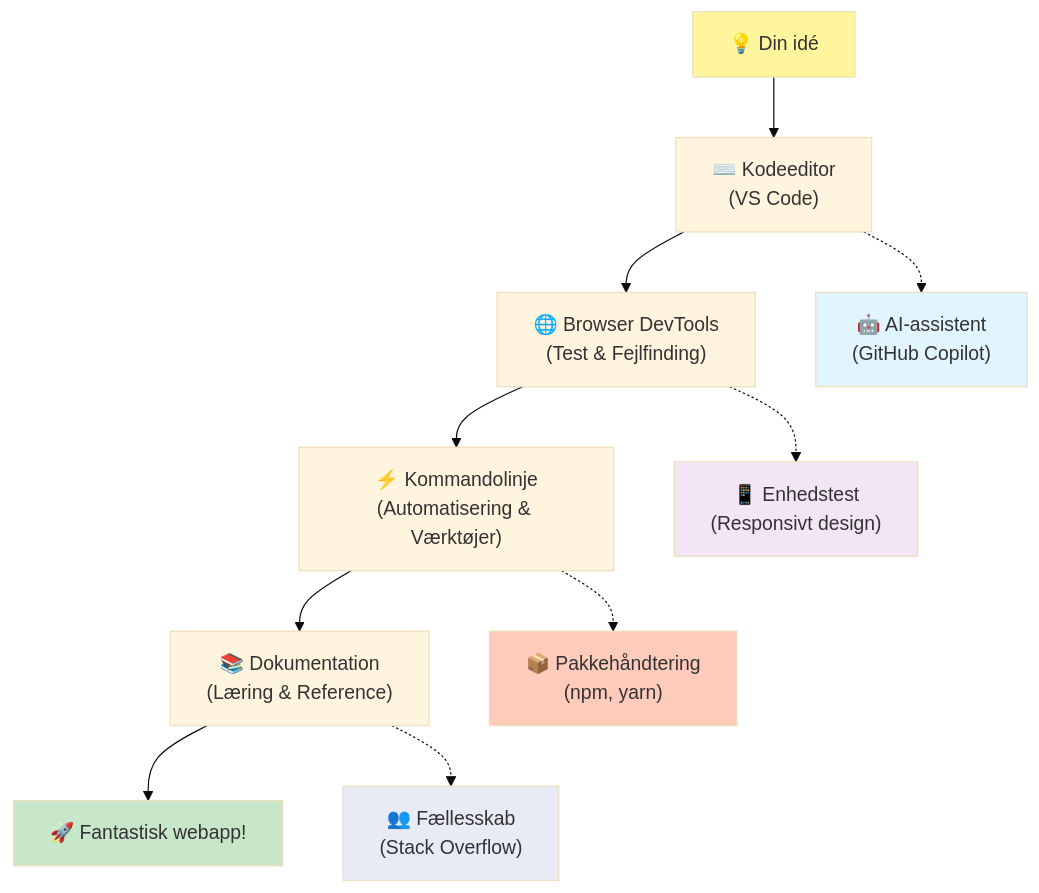
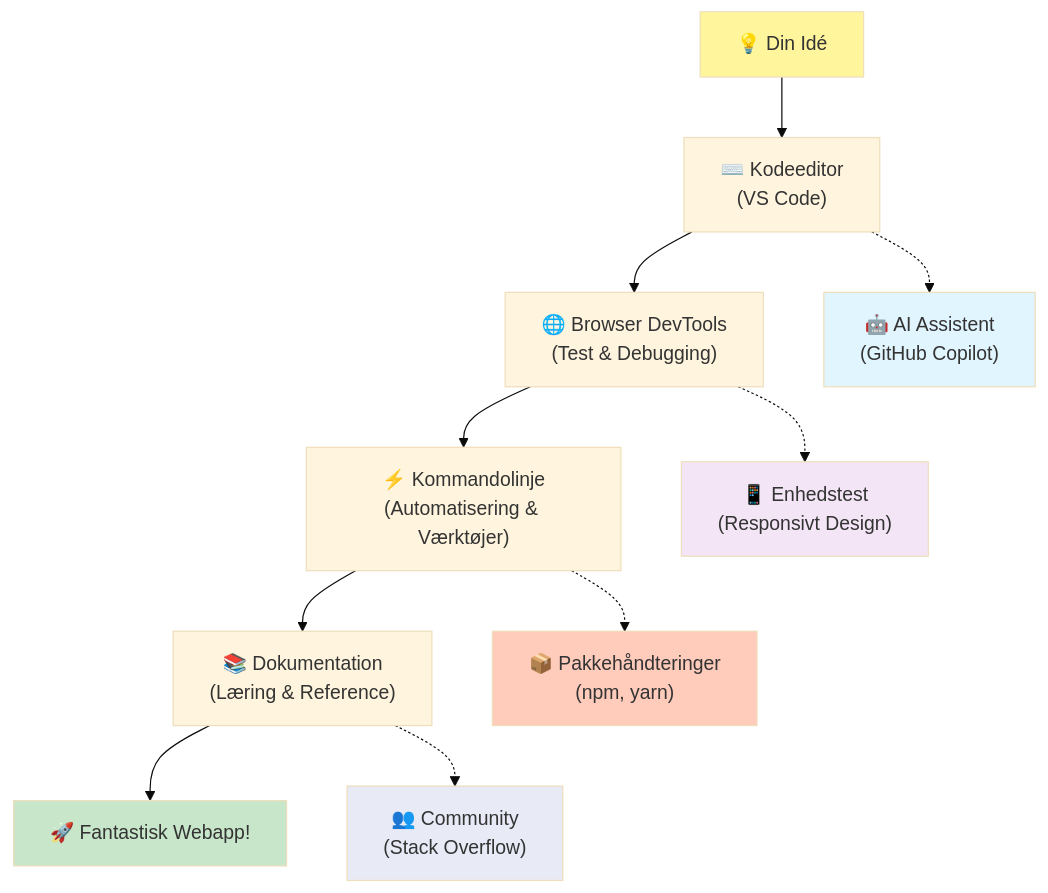
One commit to microsoft/Web-Dev-For-Beginners changed the fifth of 7 diagrams in translations/da/1-getting-started-lessons/1-intro-to-programming-languages/README.md. Above: the diagram before and after it, drawn with Mermaid (base theme). The commit also changed other lines of this file and 11 other files, not shown here.

````diff
--- a/translations/da/1-getting-started-lessons/1-intro-to-programming-languages/README.md
+++ b/translations/da/1-getting-started-lessons/1-intro-to-programming-languages/README.md
@@ -488,20 +488,20 @@
 ```mermaid
 graph TD
-    A["💡 Din idé"] --> B["⌨️ Kodeeditor<br/>(VS Code)"] 
-    B --> C["🌐 Browser DevTools<br/>(Test & Fejlfinding)"]
+    A["💡 Din Idé"] --> B["⌨️ Kodeeditor<br/>(VS Code)"] 
+    B --> C["🌐 Browser DevTools<br/>(Test & Debugging)"]
     C --> D["⚡ Kommandolinje<br/>(Automatisering & Værktøjer)"]
     D --> E["📚 Dokumentation<br/>(Læring & Reference)"]
-    E --> F["🚀 Fantastisk webapp!"]
+    E --> F["🚀 Fantastisk Webapp!"]
     
-    B -.-> G["🤖 AI-assistent<br/>(GitHub Copilot)"]
-    C -.-> H["📱 Enhedstest<br/>(Responsivt design)"]
-    D -.-> I["📦 Pakkehåndtering<br/>(npm, yarn)"]
-    E -.-> J["👥 Fællesskab<br/>(Stack Overflow)"]
+    B -.-> G["🤖 AI Assistent<br/>(GitHub Copilot)"]
+    C -.-> H["📱 Enhedstest<br/>(Responsivt Design)"]
+    D -.-> I["📦 Pakkehåndteringer<br/>(npm, yarn)"]
+    E -.-> J["👥 Community<br/>(Stack Overflow)"]
     
     style A fill:#fff59d
     style F fill:#c8e6c9
     style G fill:#e1f5fe
     style H fill:#f3e5f5
     style I fill:#ffccbc
     style J fill:#e8eaf6
 ```
````
